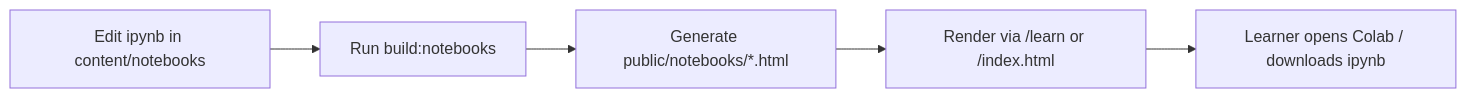
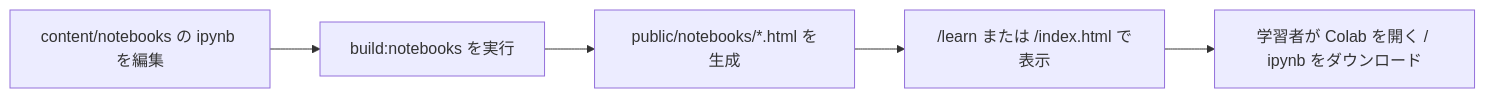
Before and after one commit to mani1261790/Noema: the first of 3 diagrams in README.md, drawn with Mermaid. The commit also changed other lines of this file and 12 other files, not shown here.

````diff
--- a/README.md
+++ b/README.md
@@ -34,7 +35,7 @@
 ```mermaid
 flowchart LR
-  A["Edit ipynb in content/notebooks"] --> B["Run build:notebooks"]
-  B --> C["Generate public/notebooks/*.html"]
-  C --> D["Render via /learn or /index.html"]
-  D --> E["Learner opens Colab / downloads ipynb"]
+  A["content/notebooks の ipynb を編集"] --> B["build:notebooks を実行"]
+  B --> C["public/notebooks/*.html を生成"]
+  C --> D["/learn または /index.html で表示"]
+  D --> E["学習者が Colab を開く / ipynb をダウンロード"]
 ```
````
